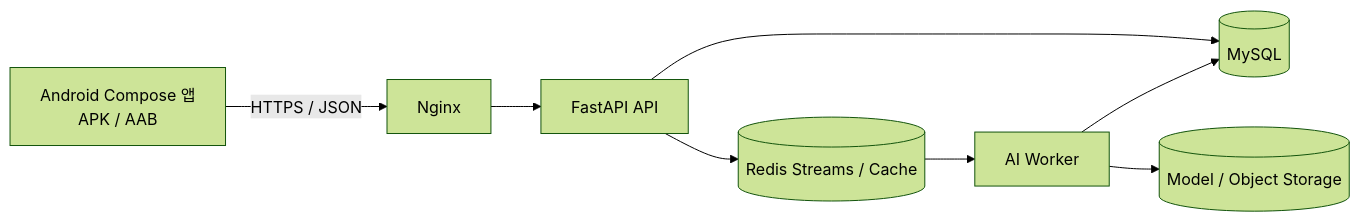
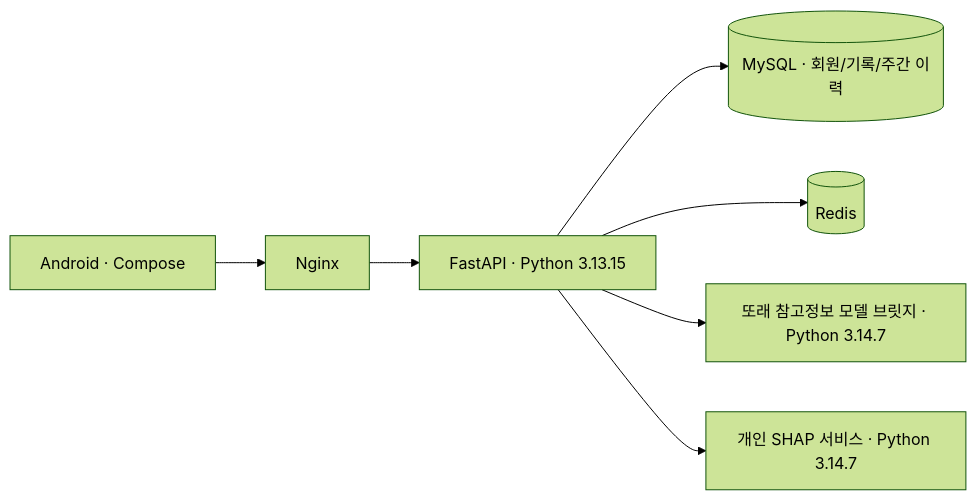
Before and after one commit to AI-HealthCare-05/AH_05_01: the diagram in README.md, drawn with Mermaid (forest theme). The commit also changed other lines of this file and 57 other files, not shown here.

````diff
--- a/README.md
+++ b/README.md
@@ -28,10 +68,9 @@
 ```mermaid
 flowchart LR
-    A[Android Compose 앱\nAPK / AAB] -->|HTTPS / JSON| N[Nginx]
-    N --> F[FastAPI API]
-    F --> M[(MySQL)]
-    F --> R[(Redis Streams / Cache)]
-    R --> W[AI Worker]
-    W --> M
-    W --> O[(Model / Object Storage)]
+    A[Android · Compose] --> N[Nginx]
+    N --> F[FastAPI · Python 3.13.15]
+    F --> D[(MySQL · 회원/기록/주간 이력)]
+    F --> R[(Redis)]
+    F --> P[또래 참고정보 모델 브릿지 · Python 3.14.7]
+    F --> X[개인 SHAP 서비스 · Python 3.14.7]
 ```
````
